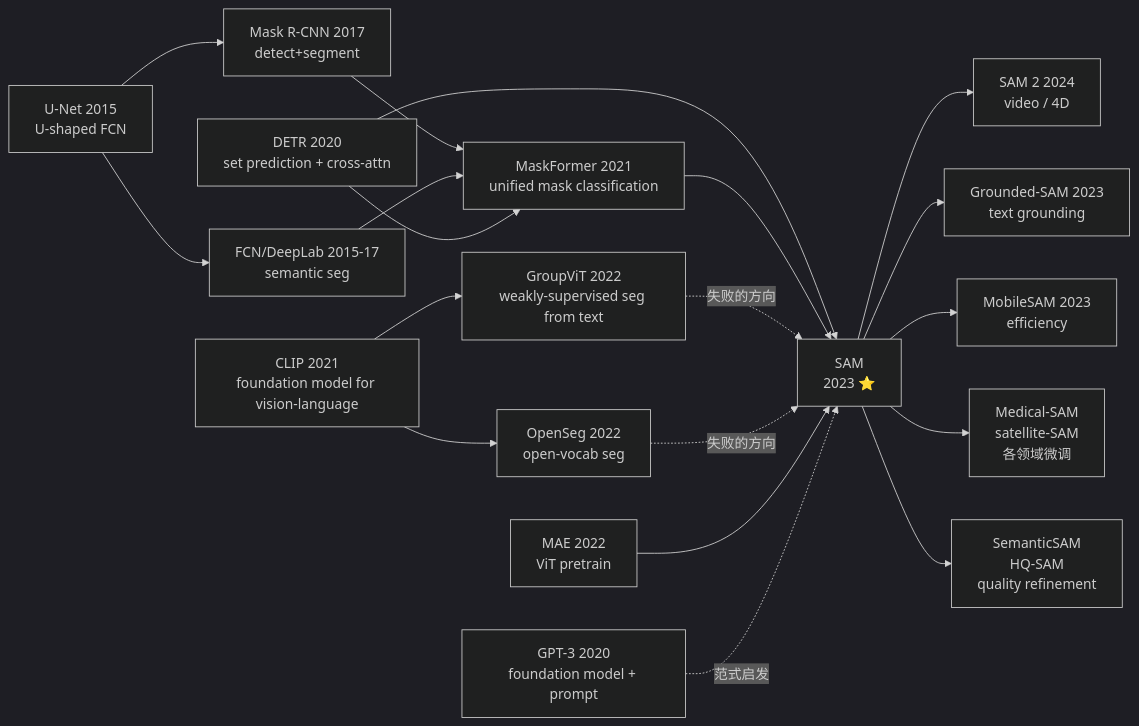
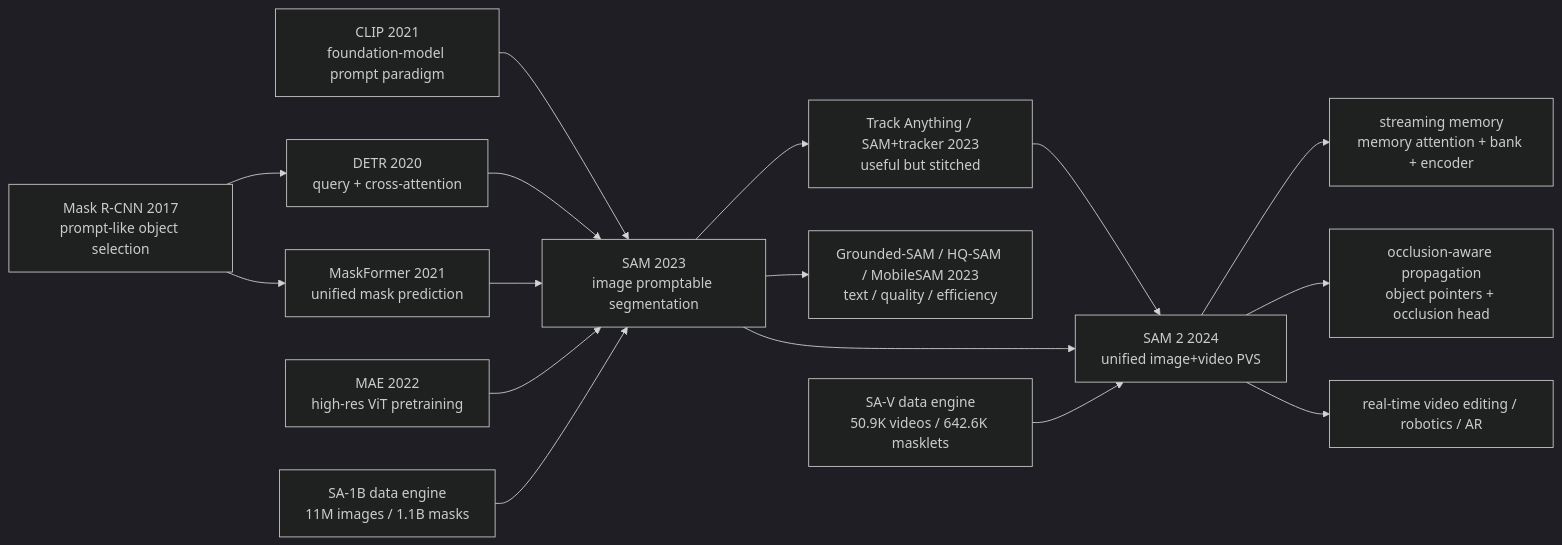
The diagram in docs_zh/era5_genai_explosion/2023_sam.md (zhaoyang97/awesome-papers), drawn with Mermaid (dark theme) before and after one commit. The commit also changed other lines of this file and 54 other files, not shown here.

````diff
--- a/docs_zh/era5_genai_explosion/2023_sam.md
+++ b/docs_zh/era5_genai_explosion/2023_sam.md
@@ -223,21 +214,18 @@
 ```mermaid
 graph LR
-    A[U-Net 2015<br/>U-shaped FCN] --> B[Mask R-CNN 2017<br/>detect+segment]
-    A --> C[FCN/DeepLab 2015-17<br/>semantic seg]
-    B --> D[MaskFormer 2021<br/>unified mask classification]
-    C --> D
-    E[CLIP 2021<br/>foundation model for vision-language] --> F[GroupViT 2022<br/>weakly-supervised seg from text]
-    E --> G[OpenSeg 2022<br/>open-vocab seg]
-    H[DETR 2020<br/>set prediction + cross-attn] --> D
-    H --> I[SAM<br/>2023 ⭐]
-    D --> I
-    F -.失败的方向.-> I
-    G -.失败的方向.-> I
-    J[MAE 2022<br/>ViT pretrain] --> I
-    K[GPT-3 2020<br/>foundation model + prompt] -.范式启发.-> I
-    I --> L[SAM 2 2024<br/>video / 4D]
-    I --> M[Grounded-SAM 2023<br/>text grounding]
-    I --> N[MobileSAM 2023<br/>efficiency]
-    I --> O[Medical-SAM<br/>satellite-SAM<br/>各领域微调]
-    I --> P[SemanticSAM<br/>HQ-SAM<br/>quality refinement]
+    A[Mask R-CNN 2017<br/>prompt-like object selection] --> B[DETR 2020<br/>query + cross-attention]
+    A --> C[MaskFormer 2021<br/>unified mask prediction]
+    D[CLIP 2021<br/>foundation-model prompt paradigm] --> E[SAM 2023<br/>image promptable segmentation]
+    B --> E
+    C --> E
+    F[MAE 2022<br/>high-res ViT pretraining] --> E
+    G[SA-1B data engine<br/>11M images / 1.1B masks] --> E
+    E --> H[Track Anything / SAM+tracker 2023<br/>useful but stitched]
+    E --> I[Grounded-SAM / HQ-SAM / MobileSAM 2023<br/>text / quality / efficiency]
+    H --> J[SAM 2 2024<br/>unified image+video PVS]
+    E --> J
+    K[SA-V data engine<br/>50.9K videos / 642.6K masklets] --> J
+    J --> L[streaming memory<br/>memory attention + bank + encoder]
+    J --> M[occlusion-aware propagation<br/>object pointers + occlusion head]
+    J --> N[real-time video editing / robotics / AR]
 ```
````
